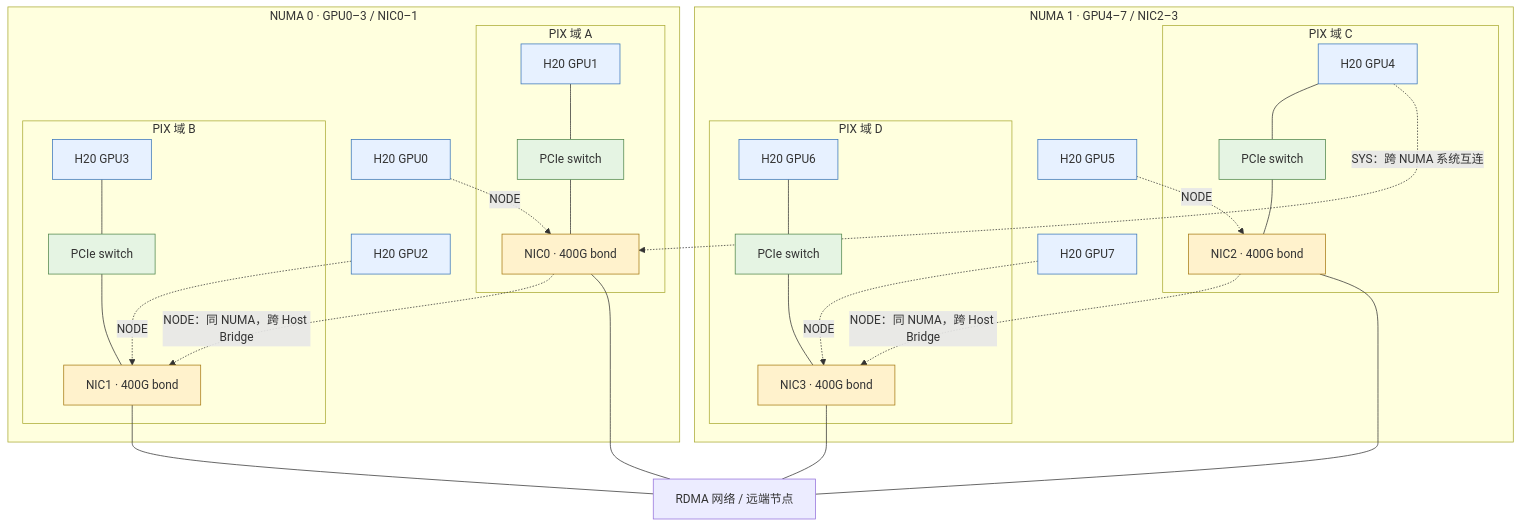
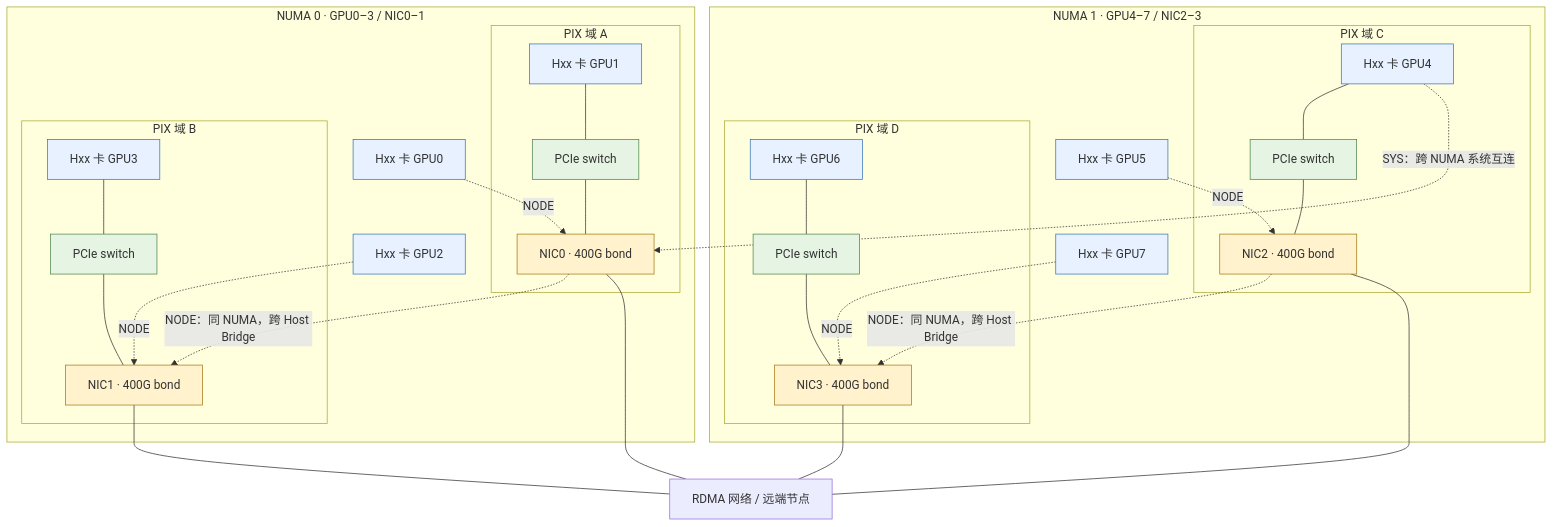
Before and after one commit to ZhengWG/ZhengWG.github.io: the diagram in _posts/2026-02-13-推理INFRA方法论-01-communication.md, drawn with Mermaid. The commit also changed other lines of this file and 10 other files, not shown here.

````diff
--- a/_posts/2026-02-13-推理INFRA方法论-01-communication.md
+++ b/_posts/2026-02-13-推理INFRA方法论-01-communication.md
@@ -62,59 +62,59 @@
 ```mermaid
 graph TB
   subgraph N0["NUMA 0 · GPU0–3 / NIC0–1"]
-    G0["H20 GPU0"]
-    G2["H20 GPU2"]
+    G0["Hxx 卡 GPU0"]
+    G2["Hxx 卡 GPU2"]
     subgraph P0["PIX 域 A"]
       S0["PCIe switch"]
-      G1["H20 GPU1"]
+      G1["Hxx 卡 GPU1"]
       NIC0["NIC0 · 400G bond"]
       G1 --- S0
       S0 --- NIC0
     end
     subgraph P1["PIX 域 B"]
       S1["PCIe switch"]
-      G3["H20 GPU3"]
+      G3["Hxx 卡 GPU3"]
       NIC1["NIC1 · 400G bond"]
       G3 --- S1
       S1 --- NIC1
     end
     G0 -.->|NODE| NIC0
     G2 -.->|NODE| NIC1
     NIC0 -.->|"NODE：同 NUMA，跨 Host Bridge"| NIC1
   end
 
   subgraph N1["NUMA 1 · GPU4–7 / NIC2–3"]
-    G5["H20 GPU5"]
-    G7["H20 GPU7"]
+    G5["Hxx 卡 GPU5"]
+    G7["Hxx 卡 GPU7"]
     subgraph P2["PIX 域 C"]
       S2["PCIe switch"]
-      G4["H20 GPU4"]
+      G4["Hxx 卡 GPU4"]
       NIC2["NIC2 · 400G bond"]
       G4 --- S2
       S2 --- NIC2
     end
     subgraph P3["PIX 域 D"]
       S3["PCIe switch"]
-      G6["H20 GPU6"]
+      G6["Hxx 卡 GPU6"]
       NIC3["NIC3 · 400G bond"]
       G6 --- S3
       S3 --- NIC3
     end
     G5 -.->|NODE| NIC2
     G7 -.->|NODE| NIC3
     NIC2 -.->|"NODE：同 NUMA，跨 Host Bridge"| NIC3
   end
 
   G4 -.->|"SYS：跨 NUMA 系统互连"| NIC0
   NIC0 --- NET["RDMA 网络 / 远端节点"]
   NIC1 --- NET
   NIC2 --- NET
   NIC3 --- NET
 
   classDef gpu fill:#e7f1ff,stroke:#3975b9;
   classDef nic fill:#fff2cc,stroke:#a77a13;
   classDef sw fill:#e5f4e3,stroke:#50864b;
   class G0,G1,G2,G3,G4,G5,G6,G7 gpu;
   class NIC0,NIC1,NIC2,NIC3 nic;
   class S0,S1,S2,S3 sw;
 ```
````
